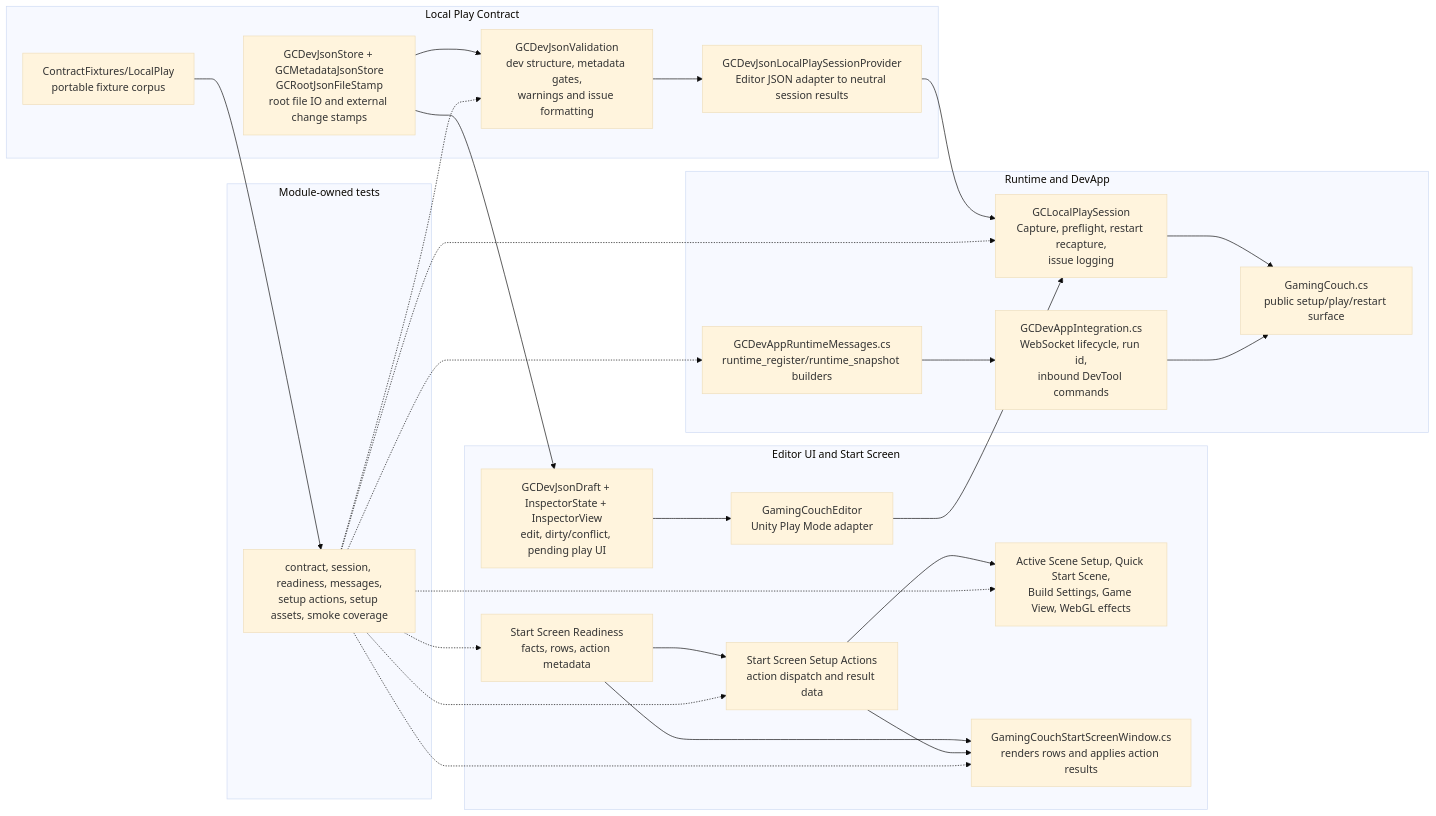
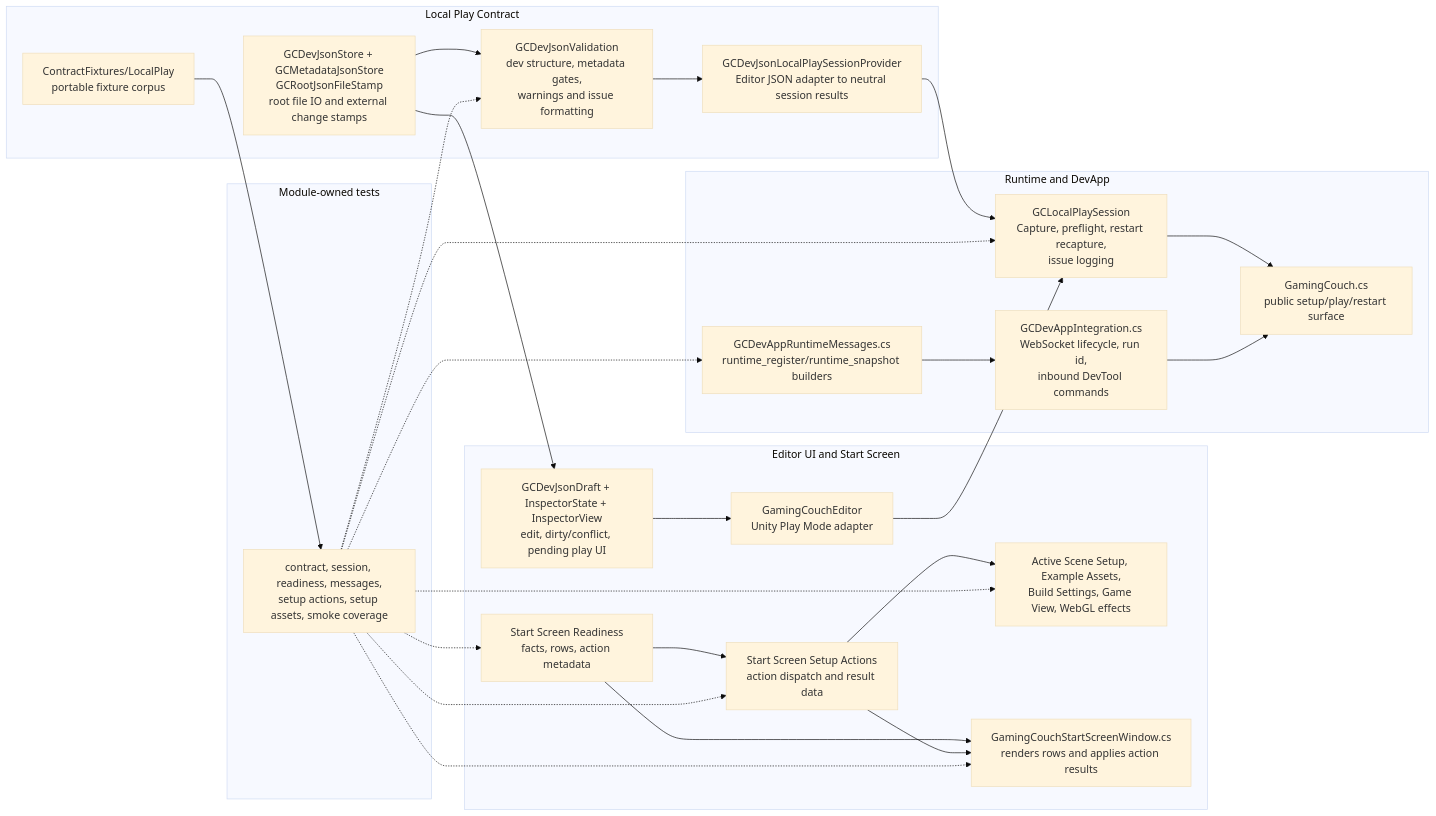
The second of 2 diagrams in docs/architecture/gamingcouch-unity-package-architecture-then-now.md (deadsetbit/gaming-couch-unity), drawn with Mermaid (base theme) before and after one commit. The commit also changed other lines of this file and 19 other files, not shown here.

Commit message:
Remove quick start scene setup

````diff
--- a/docs/architecture/gamingcouch-unity-package-architecture-then-now.md
+++ b/docs/architecture/gamingcouch-unity-package-architecture-then-now.md
@@ -52,54 +52,54 @@
 ```mermaid
 flowchart LR
   subgraph Contract["Local Play Contract"]
     Stores["GCDevJsonStore + GCMetadataJsonStore<br/>GCRootJsonFileStamp<br/>root file IO and external change stamps"]
     Validation["GCDevJsonValidation<br/>dev structure, metadata gates,<br/>warnings and issue formatting"]
     JsonAdapter["GCDevJsonLocalPlaySessionProvider<br/>Editor JSON adapter to neutral session results"]
     Fixtures["ContractFixtures/LocalPlay<br/>portable fixture corpus"]
   end
 
   subgraph EditorUi["Editor UI and Start Screen"]
     Inspector["GCDevJsonDraft + InspectorState + InspectorView<br/>edit, dirty/conflict, pending play UI"]
     EditorGate["GamingCouchEditor<br/>Unity Play Mode adapter"]
     Readiness["Start Screen Readiness<br/>facts, rows, action metadata"]
     Actions["Start Screen Setup Actions<br/>action dispatch and result data"]
-    SetupEffects["Active Scene Setup, Quick Start Scene,<br/>Build Settings, Game View, WebGL effects"]
+    SetupEffects["Active Scene Setup, Example Assets,<br/>Build Settings, Game View, WebGL effects"]
     Window["GamingCouchStartScreenWindow.cs<br/>renders rows and applies action results"]
   end
 
   subgraph RuntimeAndDevApp["Runtime and DevApp"]
     LocalSession["GCLocalPlaySession<br/>Capture, preflight, restart recapture,<br/>issue logging"]
     Game["GamingCouch.cs<br/>public setup/play/restart surface"]
     Messages["GCDevAppRuntimeMessages.cs<br/>runtime_register/runtime_snapshot builders"]
     Transport["GCDevAppIntegration.cs<br/>WebSocket lifecycle, run id,<br/>inbound DevTool commands"]
   end
 
   subgraph Tests["Module-owned tests"]
     TestSuites["contract, session, readiness, messages,<br/>setup actions, setup assets, smoke coverage"]
   end
 
   Stores --> Validation
   Validation --> JsonAdapter
   Stores --> Inspector
   Inspector --> EditorGate
   JsonAdapter --> LocalSession
   EditorGate --> LocalSession
   LocalSession --> Game
 
   Readiness --> Window
   Readiness --> Actions
   Actions --> SetupEffects
   Actions --> Window
 
   Messages --> Transport
   Transport --> Game
 
   Fixtures --> TestSuites
   TestSuites -.-> Validation
   TestSuites -.-> LocalSession
   TestSuites -.-> Readiness
   TestSuites -.-> Actions
   TestSuites -.-> SetupEffects
   TestSuites -.-> Messages
   TestSuites -.-> Window
 ```
````
